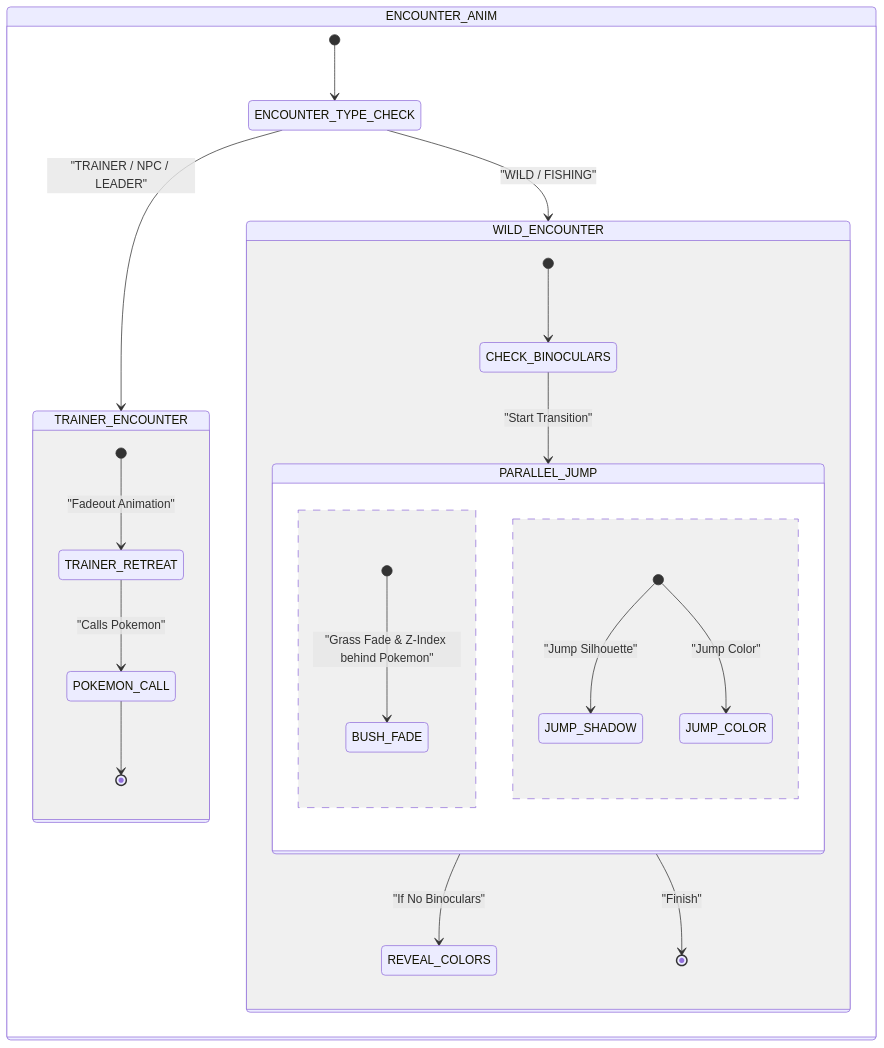
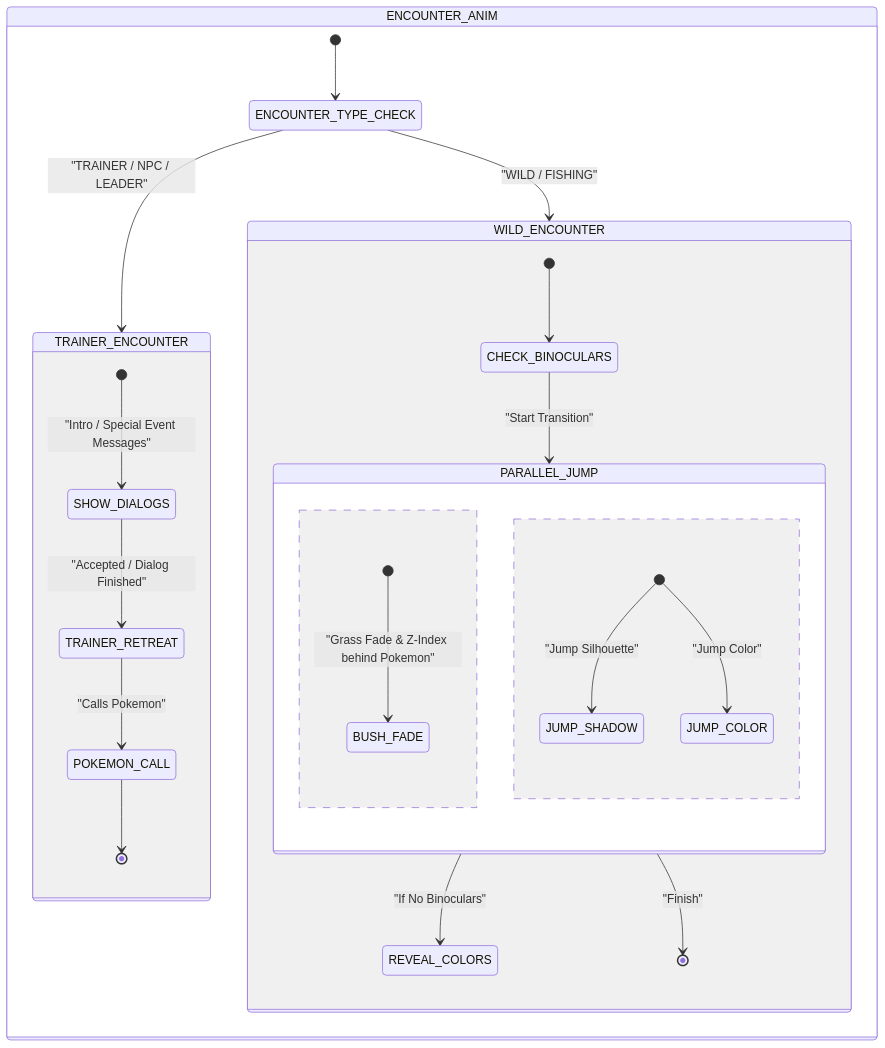
Before and after one commit to Darkham77/PokeBorrador: diagram 17 of 18 in .agents/skills/project-standards/references/battle/battle_mechanics_manual.md, drawn with Mermaid. The commit also changed other lines of this file and 20 other files, not shown here.

````diff
--- a/.agents/skills/project-standards/references/battle/battle_mechanics_manual.md
+++ b/.agents/skills/project-standards/references/battle/battle_mechanics_manual.md
@@ -798,33 +778,34 @@
 ```mermaid
 stateDiagram-v2
     state ENCOUNTER_ANIM {
         [*] --> ENCOUNTER_TYPE_CHECK
         state ENCOUNTER_TYPE_CHECK <<choice>>
         
         ENCOUNTER_TYPE_CHECK --> TRAINER_ENCOUNTER: "TRAINER / NPC / LEADER"
         ENCOUNTER_TYPE_CHECK --> WILD_ENCOUNTER: "WILD / FISHING"
 
         state TRAINER_ENCOUNTER {
-            [*] --> TRAINER_RETREAT: "Fadeout Animation"
+            [*] --> SHOW_DIALOGS: "Intro / Special Event Messages"
+            SHOW_DIALOGS --> TRAINER_RETREAT: "Accepted / Dialog Finished"
             TRAINER_RETREAT --> POKEMON_CALL: "Calls Pokemon"
             POKEMON_CALL --> [*]
         }
 
         state WILD_ENCOUNTER {
             [*] --> CHECK_BINOCULARS
             state CHECK_BINOCULARS <<choice>>
             
             CHECK_BINOCULARS --> PARALLEL_JUMP: "Start Transition"
 
             state PARALLEL_JUMP {
                 [*] --> BUSH_FADE: "Grass Fade & Z-Index behind Pokemon"
                 --
                 [*] --> JUMP_SHADOW: "Jump Silhouette"
                 [*] --> JUMP_COLOR: "Jump Color"
             }
             
             PARALLEL_JUMP --> REVEAL_COLORS: "If No Binoculars"
             PARALLEL_JUMP --> [*]: "Finish"
         }
     }
 ```
````
